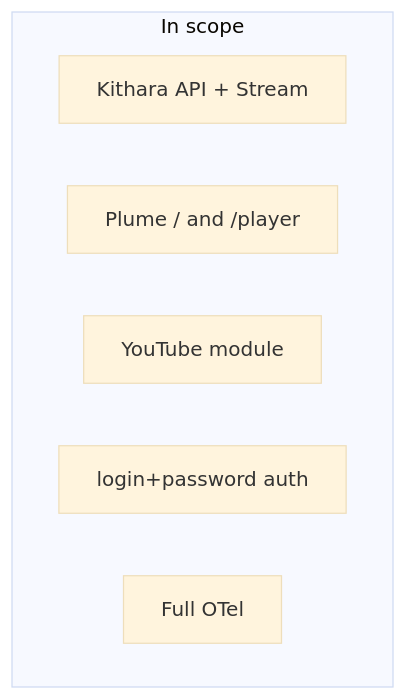
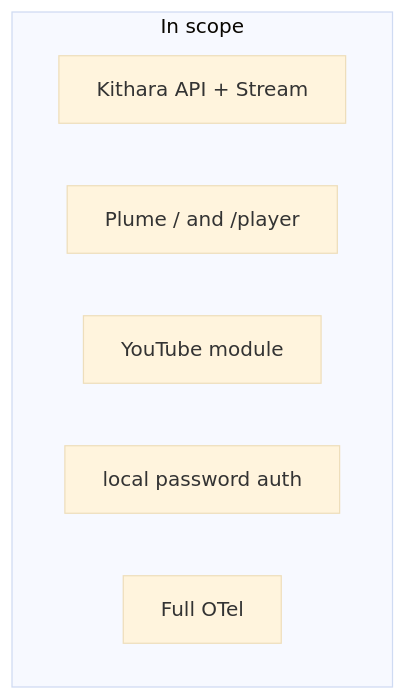
The diagram in docs/architecture/mvp/v0.1-scope.md (Bardie-radio/bardie-kithara), drawn with Mermaid (base theme) before and after one commit. The commit also changed other lines of this file and 37 other files, not shown here.

Commit message:
Refactor architecture documentation to clarify audio processing and module interactions.

````diff
--- a/docs/architecture/mvp/v0.1-scope.md
+++ b/docs/architecture/mvp/v0.1-scope.md
@@ -3,10 +3,10 @@
 ```mermaid
 flowchart TB
   subgraph in_scope [In scope]
     K[Kithara API + Stream]
     P[Plume / and /player]
     YT[YouTube module]
-    AL[login+password auth]
+    AL[local password auth]
     OTel[Full OTel]
   end
 ```
````
